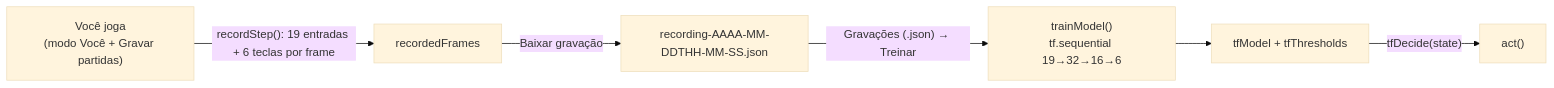
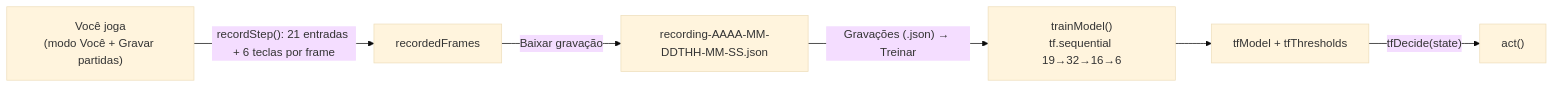
One commit to GuilhermeBrunholi/space-impact-ai changed the diagram in docs/13-imitacao-tensorflow.md. Above: the diagram before and after it, drawn with Mermaid (base theme). The commit also changed other lines of this file and 22 other files, not shown here.

````diff
--- a/docs/13-imitacao-tensorflow.md
+++ b/docs/13-imitacao-tensorflow.md
@@ -11,8 +11,8 @@
 ```mermaid
 flowchart LR
-    H["Você joga<br/>(modo Você + Gravar partidas)"] -->|"recordStep(): 19 entradas + 6 teclas por frame"| R["recordedFrames"]
+    H["Você joga<br/>(modo Você + Gravar partidas)"] -->|"recordStep(): 21 entradas + 6 teclas por frame"| R["recordedFrames"]
     R -->|Baixar gravação| F["recording-AAAA-MM-DDTHH-MM-SS.json"]
     F -->|"Gravações (.json) → Treinar"| T["trainModel()<br/>tf.sequential 19→32→16→6"]
     T --> M["tfModel + tfThresholds"]
     M -->|"tfDecide(state)"| A["act()"]
 ```
````
